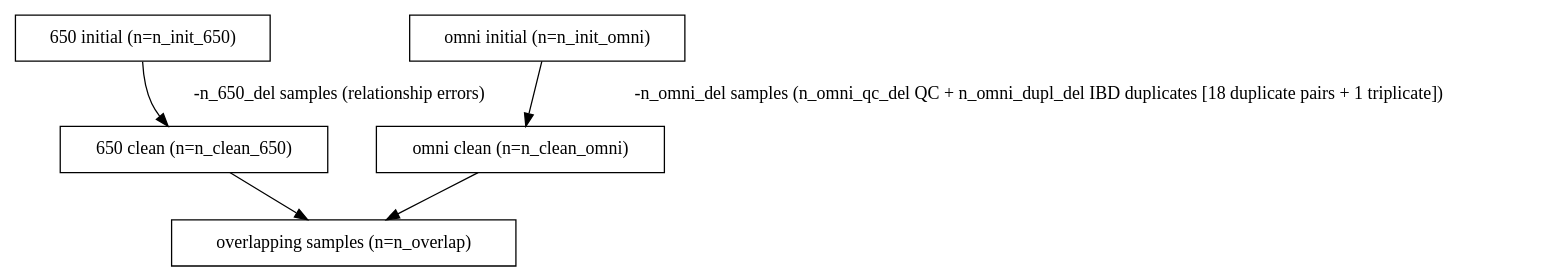
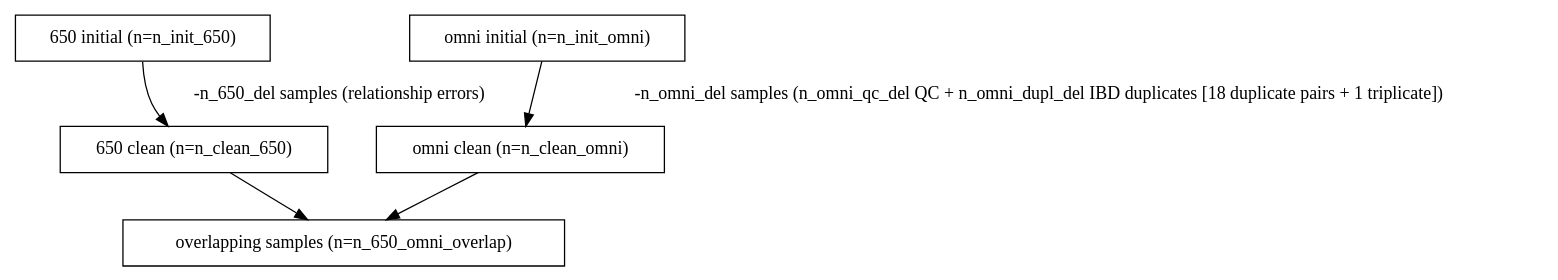
Before and after one commit to TOPMed-BAGS/sample_identity: the diagram in doc/flow.dot, drawn with Graphviz. The commit also changed 6 other files, not shown here.

```diff
--- a/doc/flow.dot
+++ b/doc/flow.dot
@@ -1,13 +1,13 @@
 #!dot
 digraph {
     INIT_SIX [label="650 initial (n=n_init_650)", shape=box]
     INIT_OMNI [label="omni initial (n=n_init_omni)", shape=box]
     CLEAN_SIX [label="650 clean (n=n_clean_650)", shape=box]
     CLEAN_OMNI [label="omni clean (n=n_clean_omni)", shape=box]
-    OVERLAP [label="overlapping samples (n=n_overlap)", shape=box]
+    OVERLAP [label="overlapping samples (n=n_650_omni_overlap)", shape=box]
 
     INIT_SIX->CLEAN_SIX [label=" -n_650_del samples (relationship errors)"];
     INIT_OMNI->CLEAN_OMNI [label=" -n_omni_del samples (n_omni_qc_del QC + n_omni_dupl_del IBD duplicates [18 duplicate pairs + 1 triplicate])"];
     CLEAN_SIX->OVERLAP;
     CLEAN_OMNI->OVERLAP;
 }
```
